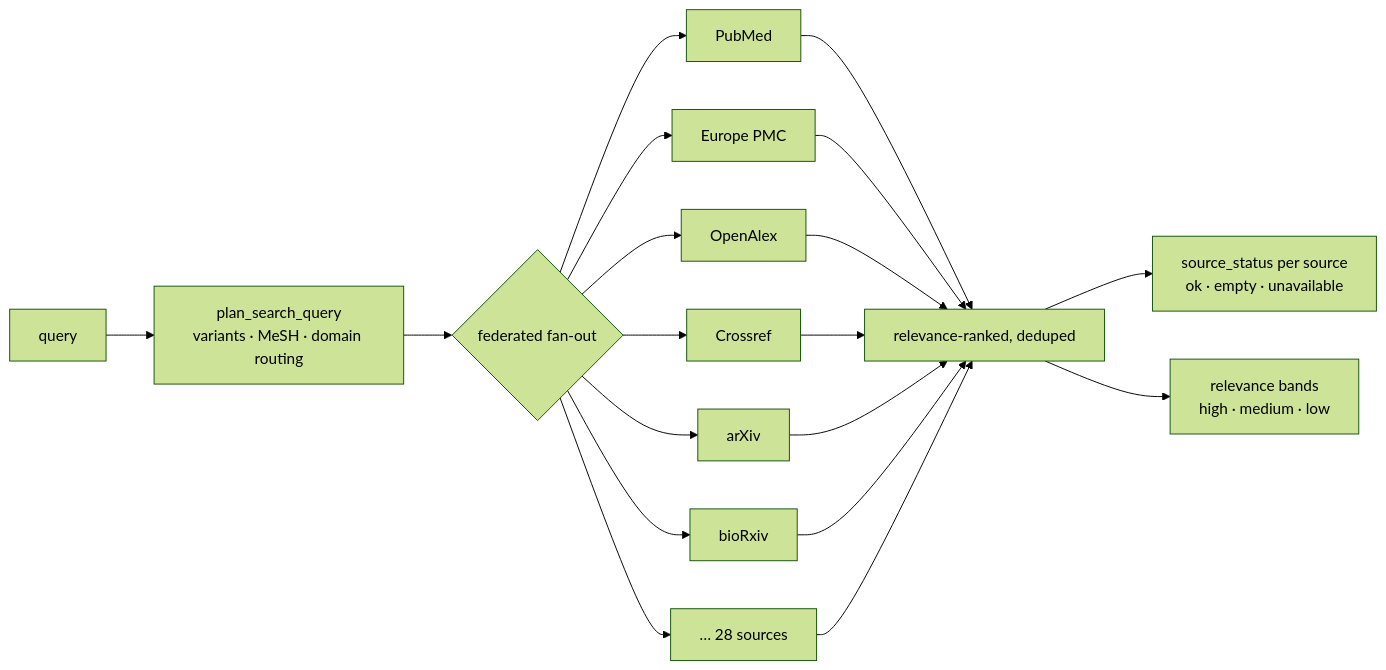
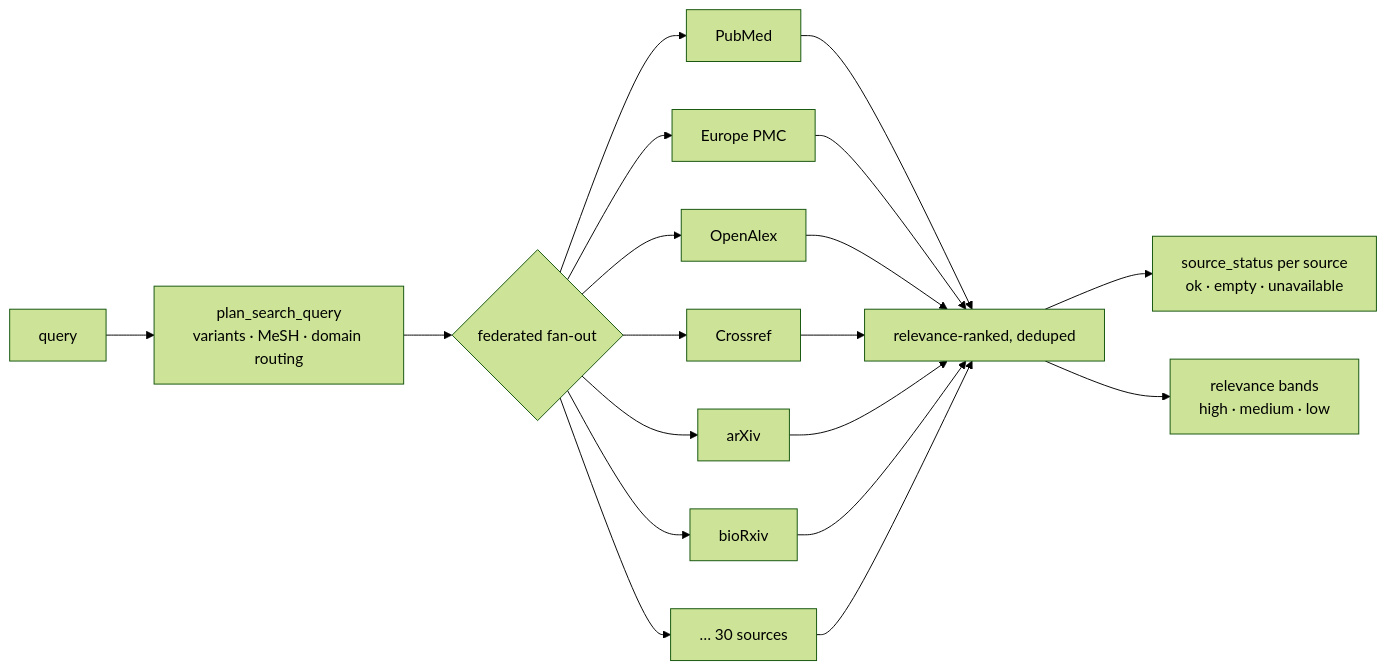
One commit to drb253/research-stack changed the third of 7 diagrams in README.md. Above: the diagram before and after it, drawn with Mermaid (forest theme). The commit also changed other lines of this file and 17 other files, not shown here.

````diff
--- a/README.md
+++ b/README.md
@@ -270,9 +506,9 @@
 ```mermaid
 flowchart LR
     Q["query"] --> P["plan_search_query<br/>variants · MeSH · domain routing"]
     P --> F{"federated fan-out"}
-    F --> S1[PubMed] & S2[Europe PMC] & S3[OpenAlex] & S4[Crossref] & S5[arXiv] & S6[bioRxiv] & SX["… 28 sources"]
+    F --> S1[PubMed] & S2[Europe PMC] & S3[OpenAlex] & S4[Crossref] & S5[arXiv] & S6[bioRxiv] & SX["… 30 sources"]
     S1 & S2 & S3 & S4 & S5 & S6 & SX --> R["relevance-ranked, deduped"]
     R --> ST["source_status per source<br/>ok · empty · unavailable"]
     R --> RB["relevance bands<br/>high · medium · low"]
 ```
````
